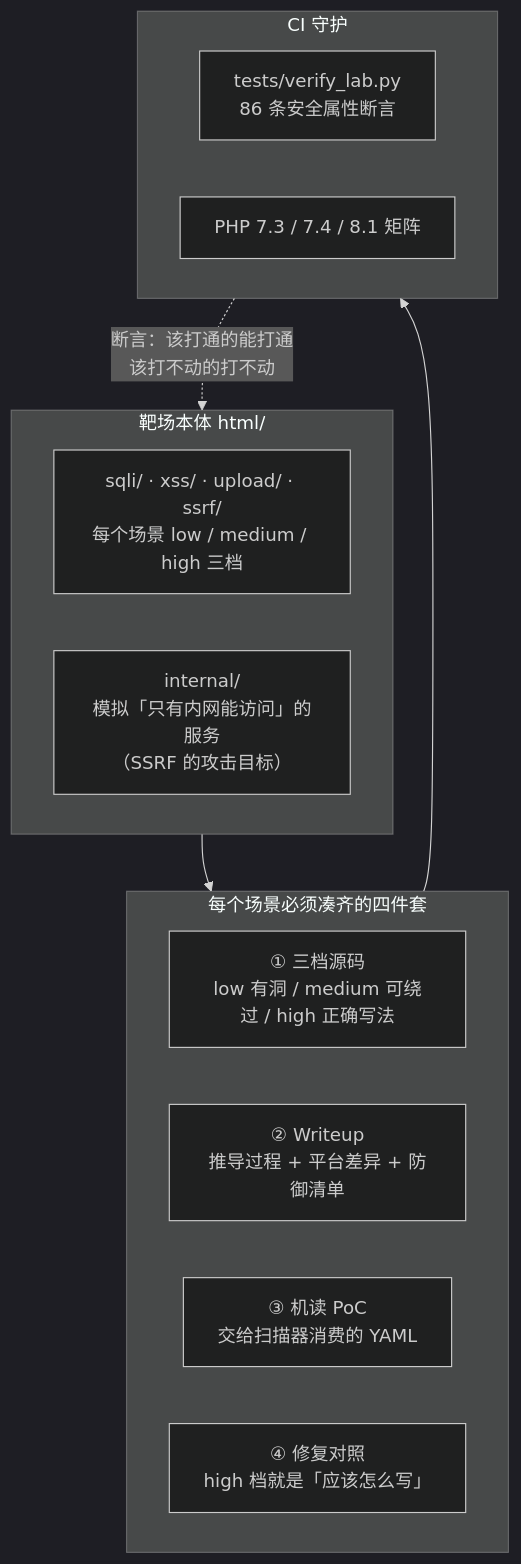
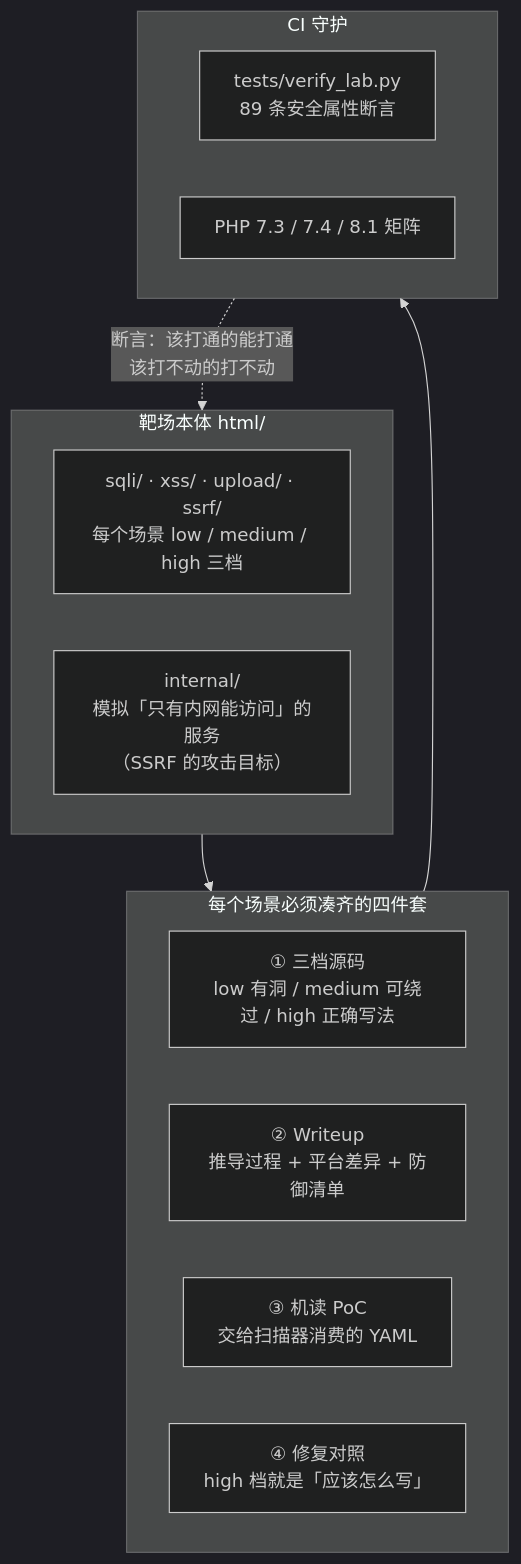
One commit to hediwen831-star/vulnlab changed the diagram in README.md. Above: the diagram before and after it, drawn with Mermaid (dark theme). The commit also changed other lines of this file and 9 other files, not shown here.

````diff
--- a/README.md
+++ b/README.md
@@ -92,24 +93,24 @@
 ```mermaid
 flowchart TB
     subgraph LAB["靶场本体 html/"]
         L1["sqli/ · xss/ · upload/ · ssrf/<br/>每个场景 low / medium / high 三档"]
         L2["internal/<br/>模拟「只有内网能访问」的服务<br/>（SSRF 的攻击目标）"]
     end
 
     subgraph SET["每个场景必须凑齐的四件套"]
         direction LR
         A1["① 三档源码<br/>low 有洞 / medium 可绕过 / high 正确写法"]
         A2["② Writeup<br/>推导过程 + 平台差异 + 防御清单"]
         A3["③ 机读 PoC<br/>交给扫描器消费的 YAML"]
         A4["④ 修复对照<br/>high 档就是「应该怎么写」"]
     end
 
     subgraph CI["CI 守护"]
-        C1["tests/verify_lab.py<br/>86 条安全属性断言"]
+        C1["tests/verify_lab.py<br/>89 条安全属性断言"]
         C2["PHP 7.3 / 7.4 / 8.1 矩阵"]
     end
 
     LAB --> SET
     SET --> CI
     CI -. "断言：该打通的能打通<br/>该打不动的打不动" .-> LAB
 ```
````
